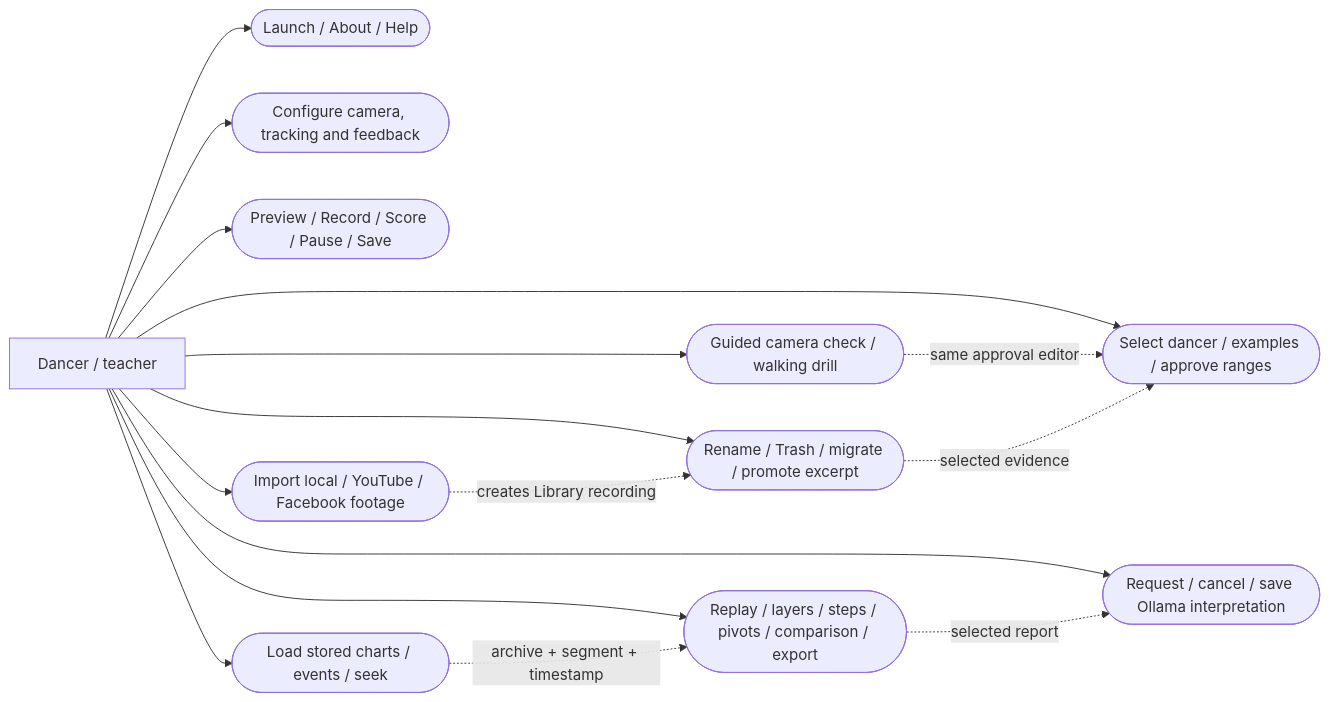
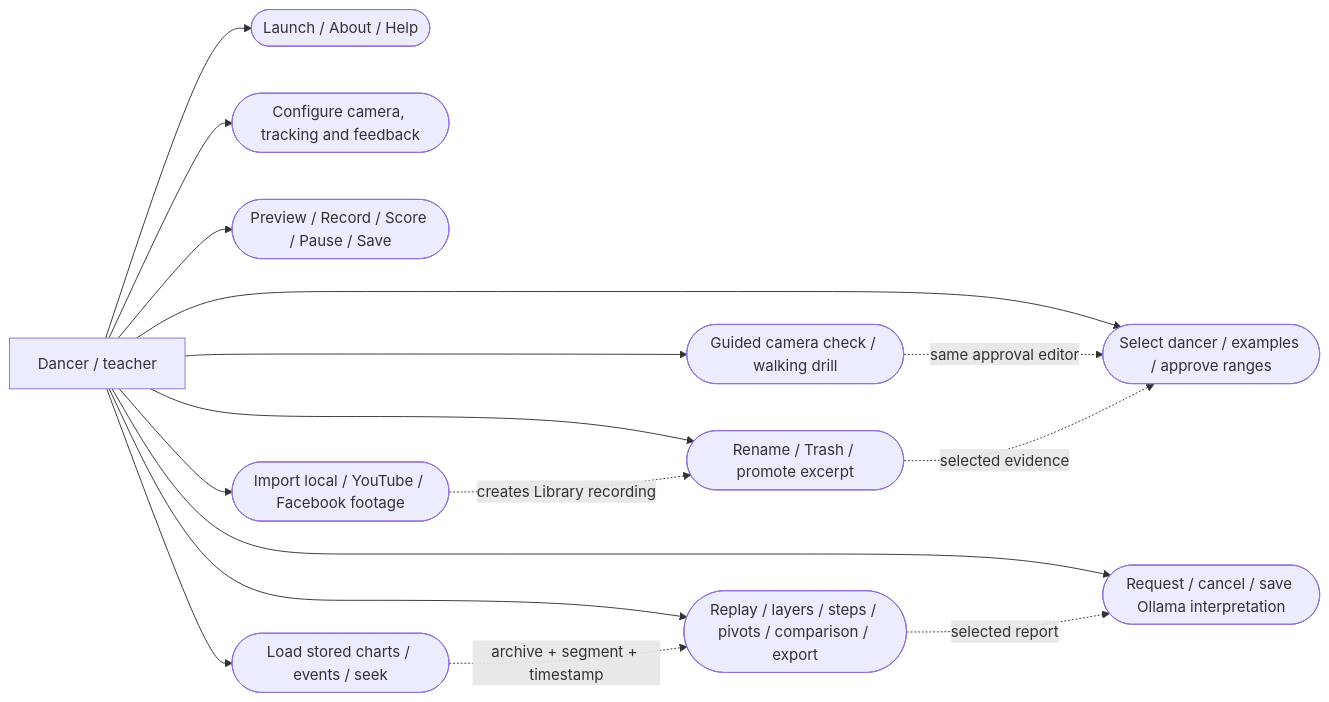
One commit to derruba2000/TangoPosture changed the fourth of 12 diagrams in docs/ARCHITECTURE.md. Above: the diagram before and after it, drawn with Mermaid. The commit also changed other lines of this file and 36 other files, not shown here.

````diff
--- a/docs/ARCHITECTURE.md
+++ b/docs/ARCHITECTURE.md
@@ -400,29 +400,29 @@
 ```mermaid
 flowchart LR
     User["Dancer / teacher"]
     Startup(["Launch / About / Help"])
     Settings(["Configure camera, tracking and feedback"])
     Practice(["Preview / Record / Score / Pause / Save"])
     Import(["Import local / YouTube / Facebook footage"])
-    Library(["Rename / Trash / migrate / promote excerpt"])
+    Library(["Rename / Trash / promote excerpt"])
     Calibrate(["Select dancer / examples / approve ranges"])
     Camera(["Guided camera check / walking drill"])
     Review(["Replay / layers / steps / pivots / comparison / export"])
     Analytics(["Load stored charts / events / seek"])
     Coach(["Request / cancel / save Ollama interpretation"])
     User --> Startup
     User --> Settings
     User --> Practice
     User --> Import
     User --> Library
     User --> Calibrate
     User --> Camera
     User --> Review
     User --> Analytics
     User --> Coach
     Camera -. "same approval editor" .-> Calibrate
     Import -. "creates Library recording" .-> Library
     Library -. "selected evidence" .-> Calibrate
     Analytics -. "archive + segment + timestamp" .-> Review
     Review -. "selected report" .-> Coach
 ```
````
